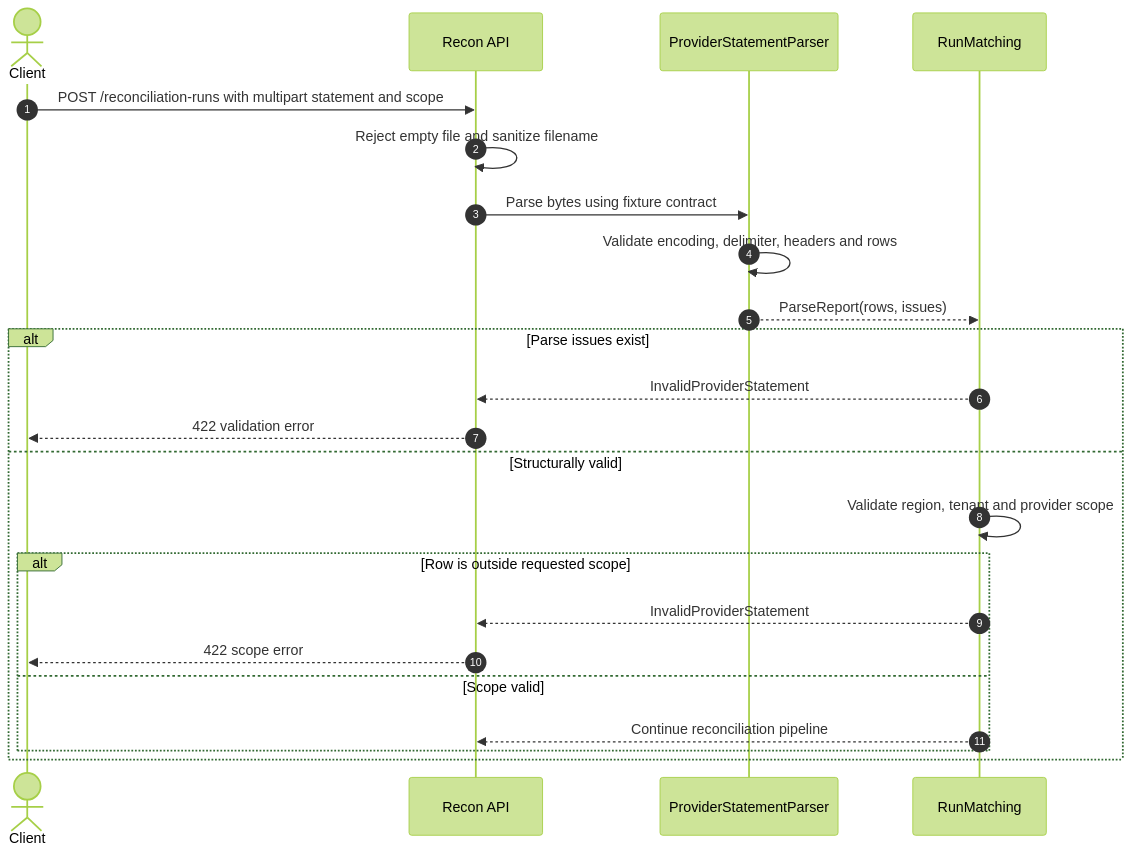
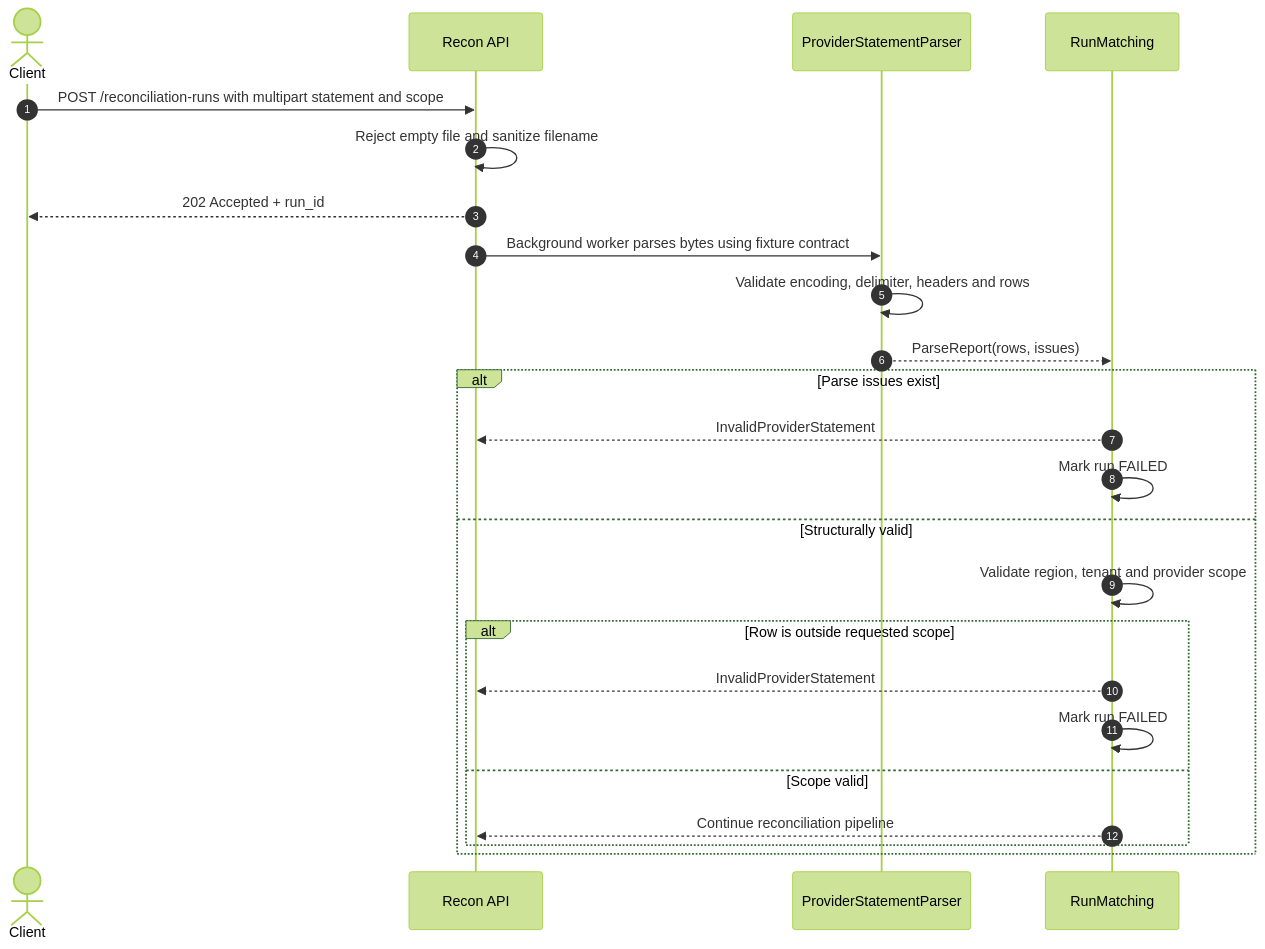
Before and after one commit to huuthang-0809/PaymentHub: the diagram in docs/features/reconciliation/f01-provider-statement-upload-validation.md, drawn with Mermaid (forest theme). The commit also changed other lines of this file and 20 other files, not shown here.

````diff
--- a/docs/features/reconciliation/f01-provider-statement-upload-validation.md
+++ b/docs/features/reconciliation/f01-provider-statement-upload-validation.md
@@ -35,26 +35,27 @@
 ```mermaid
 sequenceDiagram
     autonumber
     actor Client
     participant API as Recon API
     participant Parser as ProviderStatementParser
     participant UseCase as RunMatching
 
     Client->>API: POST /reconciliation-runs with multipart statement and scope
     API->>API: Reject empty file and sanitize filename
-    API->>Parser: Parse bytes using fixture contract
+    API-->>Client: 202 Accepted + run_id
+    API->>Parser: Background worker parses bytes using fixture contract
     Parser->>Parser: Validate encoding, delimiter, headers and rows
     Parser-->>UseCase: ParseReport(rows, issues)
     alt Parse issues exist
         UseCase-->>API: InvalidProviderStatement
-        API-->>Client: 422 validation error
+        UseCase->>UseCase: Mark run FAILED
     else Structurally valid
         UseCase->>UseCase: Validate region, tenant and provider scope
         alt Row is outside requested scope
             UseCase-->>API: InvalidProviderStatement
-            API-->>Client: 422 scope error
+            UseCase->>UseCase: Mark run FAILED
         else Scope valid
             UseCase-->>API: Continue reconciliation pipeline
         end
     end
 ```
````
